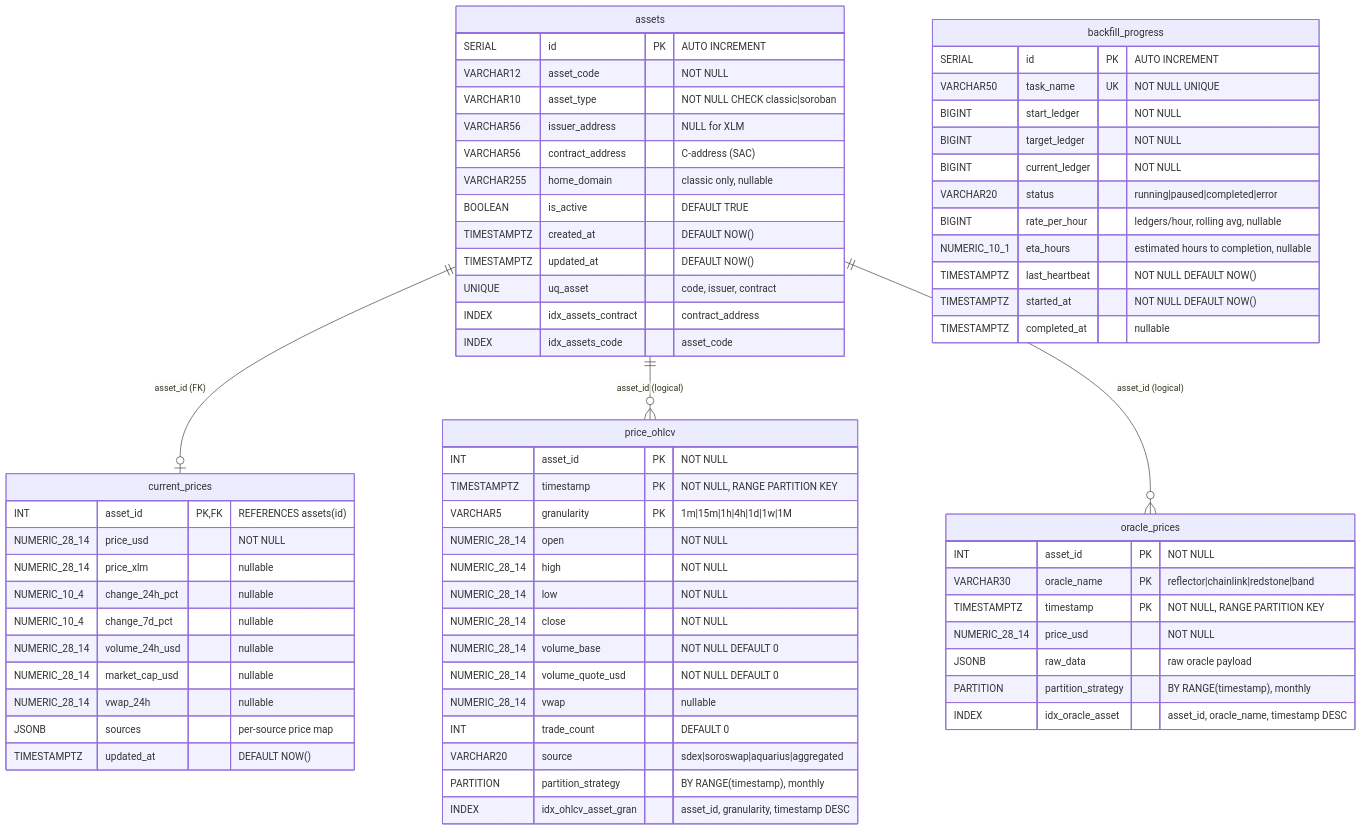
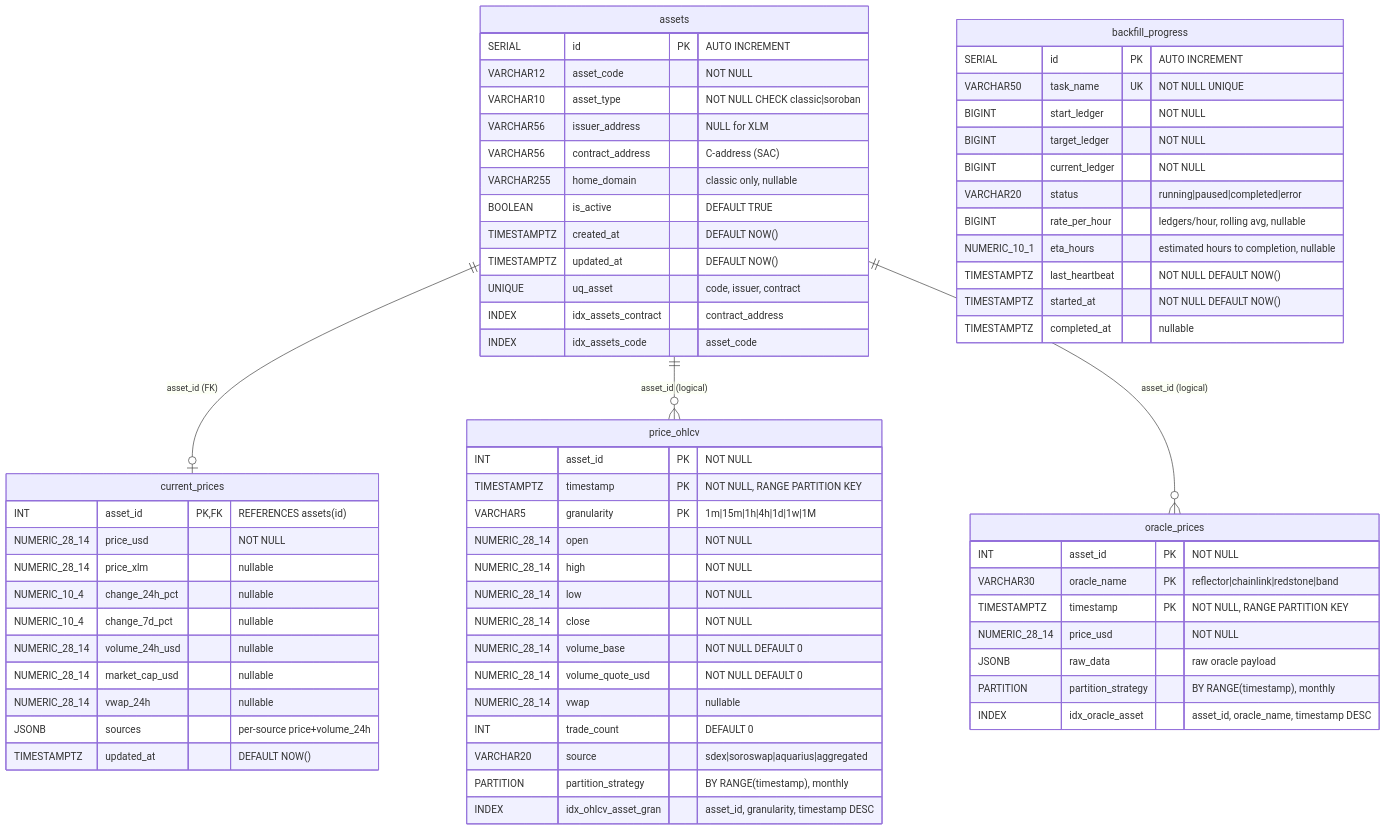
Before and after one commit to rumblefishdev/stellar-prices-api: diagram 13 of 13 in docs/database-schema/database-schema-overview.md, drawn with Mermaid. The commit also changed other lines of this file and 1 other file, not shown here.

Commit message:
docs: add detailed info about current_price sources

````diff
--- a/docs/database-schema/database-schema-overview.md
+++ b/docs/database-schema/database-schema-overview.md
@@ -1236,75 +1283,75 @@
 ```mermaid
 erDiagram
     assets ||--o| current_prices : "asset_id (FK)"
     assets ||--o{ price_ohlcv    : "asset_id (logical)"
     assets ||--o{ oracle_prices  : "asset_id (logical)"
 
     assets {
         SERIAL      id PK "AUTO INCREMENT"
         VARCHAR12   asset_code "NOT NULL"
         VARCHAR10   asset_type "NOT NULL CHECK classic|soroban"
         VARCHAR56   issuer_address "NULL for XLM"
         VARCHAR56   contract_address "C-address (SAC)"
         VARCHAR255  home_domain "classic only, nullable"
         BOOLEAN     is_active "DEFAULT TRUE"
         TIMESTAMPTZ created_at "DEFAULT NOW()"
         TIMESTAMPTZ updated_at "DEFAULT NOW()"
         UNIQUE      uq_asset "code, issuer, contract"
         INDEX       idx_assets_contract "contract_address"
         INDEX       idx_assets_code "asset_code"
     }
 
     price_ohlcv {
         INT           asset_id PK "NOT NULL"
         TIMESTAMPTZ   timestamp PK "NOT NULL, RANGE PARTITION KEY"
         VARCHAR5      granularity PK "1m|15m|1h|4h|1d|1w|1M"
         NUMERIC_28_14 open "NOT NULL"
         NUMERIC_28_14 high "NOT NULL"
         NUMERIC_28_14 low "NOT NULL"
         NUMERIC_28_14 close "NOT NULL"
         NUMERIC_28_14 volume_base "NOT NULL DEFAULT 0"
         NUMERIC_28_14 volume_quote_usd "NOT NULL DEFAULT 0"
         NUMERIC_28_14 vwap "nullable"
         INT           trade_count "DEFAULT 0"
         VARCHAR20     source "sdex|soroswap|aquarius|aggregated"
         PARTITION     partition_strategy "BY RANGE(timestamp), monthly"
         INDEX         idx_ohlcv_asset_gran "asset_id, granularity, timestamp DESC"
     }
 
     current_prices {
         INT           asset_id PK,FK "REFERENCES assets(id)"
         NUMERIC_28_14 price_usd "NOT NULL"
         NUMERIC_28_14 price_xlm "nullable"
         NUMERIC_10_4  change_24h_pct "nullable"
         NUMERIC_10_4  change_7d_pct "nullable"
         NUMERIC_28_14 volume_24h_usd "nullable"
         NUMERIC_28_14 market_cap_usd "nullable"
         NUMERIC_28_14 vwap_24h "nullable"
-        JSONB         sources "per-source price map"
+        JSONB         sources "per-source price+volume_24h"
         TIMESTAMPTZ   updated_at "DEFAULT NOW()"
     }
 
     oracle_prices {
         INT           asset_id PK "NOT NULL"
         VARCHAR30     oracle_name PK "reflector|chainlink|redstone|band"
         TIMESTAMPTZ   timestamp PK "NOT NULL, RANGE PARTITION KEY"
         NUMERIC_28_14 price_usd "NOT NULL"
         JSONB         raw_data "raw oracle payload"
         PARTITION     partition_strategy "BY RANGE(timestamp), monthly"
         INDEX         idx_oracle_asset "asset_id, oracle_name, timestamp DESC"
     }
 
     backfill_progress {
         SERIAL       id PK "AUTO INCREMENT"
         VARCHAR50    task_name UK "NOT NULL UNIQUE"
         BIGINT       start_ledger "NOT NULL"
         BIGINT       target_ledger "NOT NULL"
         BIGINT       current_ledger "NOT NULL"
         VARCHAR20    status "running|paused|completed|error"
         BIGINT       rate_per_hour "ledgers/hour, rolling avg, nullable"
         NUMERIC_10_1 eta_hours "estimated hours to completion, nullable"
         TIMESTAMPTZ  last_heartbeat "NOT NULL DEFAULT NOW()"
         TIMESTAMPTZ  started_at "NOT NULL DEFAULT NOW()"
         TIMESTAMPTZ  completed_at "nullable"
     }
 ```
````
